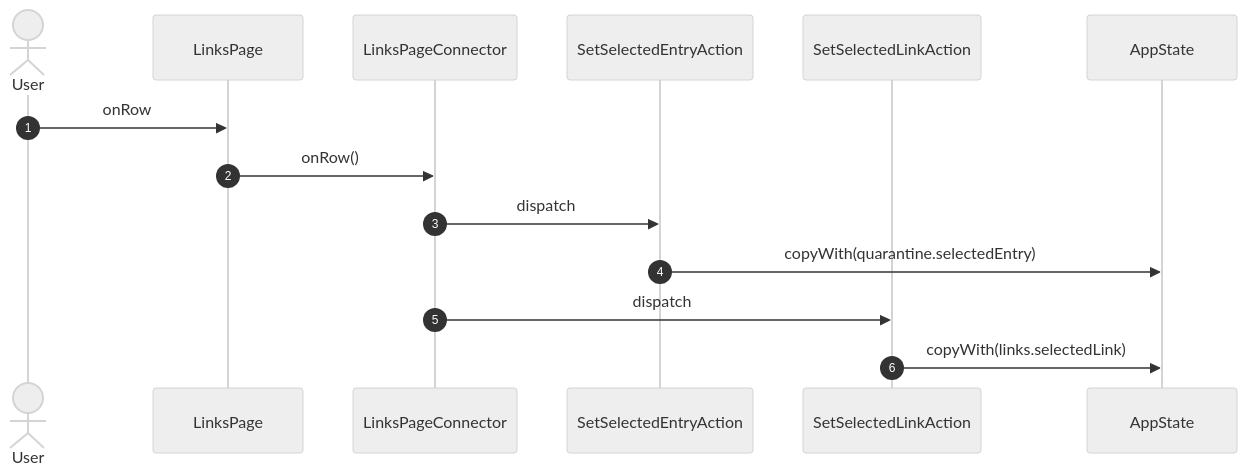
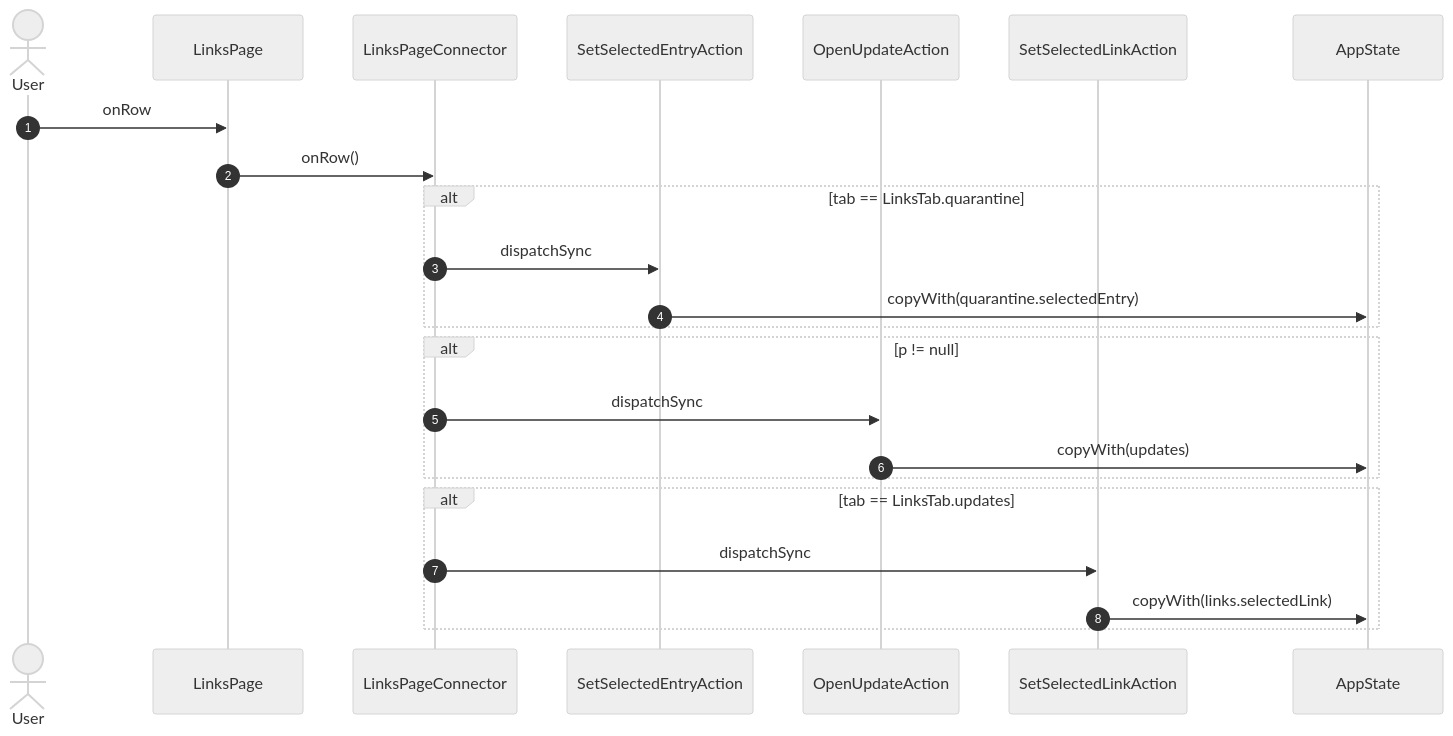
The seventh of 9 diagrams in studio/docs/flows/links.md (gencto/wyrm), drawn with Mermaid (neutral theme) before and after one commit. The commit also changed other lines of this file and 131 other files, not shown here.

````diff
--- a/studio/docs/flows/links.md
+++ b/studio/docs/flows/links.md
@@ -112,17 +140,26 @@
 ```mermaid
 sequenceDiagram
     autonumber
     actor User
     participant UI as LinksPage
     participant VM as LinksPageConnector
     participant A1 as SetSelectedEntryAction
-    participant A2 as SetSelectedLinkAction
+    participant A2 as OpenUpdateAction
+    participant A3 as SetSelectedLinkAction
     participant ST as AppState
 
     User->>UI: onRow
     UI->>VM: onRow()
-    VM->>A1: dispatch
-    A1->>ST: copyWith(quarantine.selectedEntry)
-    VM->>A2: dispatch
-    A2->>ST: copyWith(links.selectedLink)
+    alt tab == LinksTab.quarantine
+        VM->>A1: dispatchSync
+        A1->>ST: copyWith(quarantine.selectedEntry)
+    end
+    alt p != null
+        VM->>A2: dispatchSync
+        A2->>ST: copyWith(updates)
+    end
+    alt tab == LinksTab.updates
+        VM->>A3: dispatchSync
+        A3->>ST: copyWith(links.selectedLink)
+    end
 ```
````
